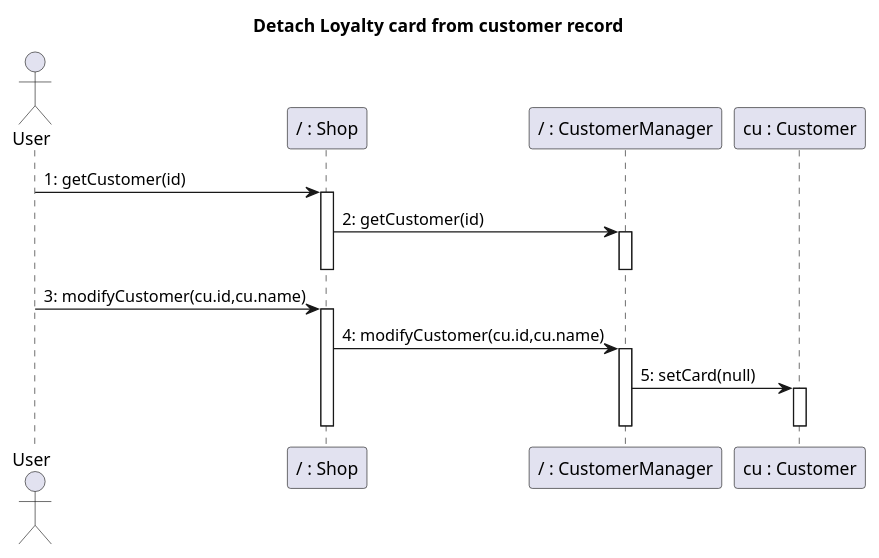
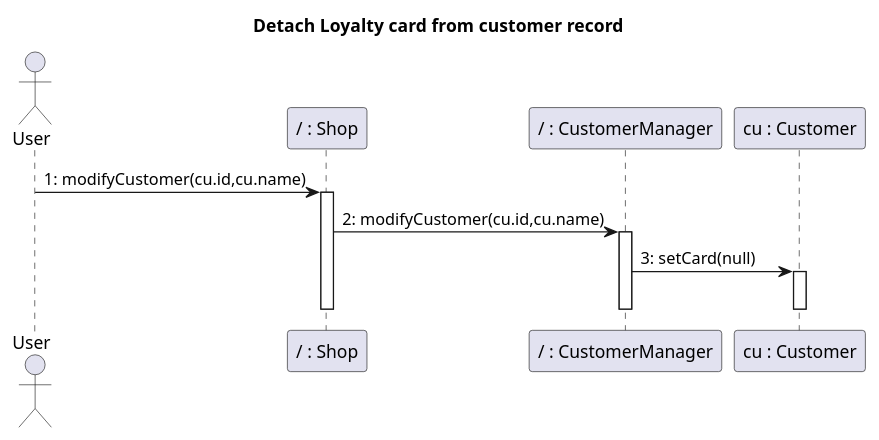
Diagram 16 of 34 in Deliverables/DesignDocument.md (nicolabattaglino/ezshop), drawn with PlantUML before and after one commit. The commit also changed other lines of this file, not shown here.

Commit message:
sequence diagram

````diff
--- a/Deliverables/DesignDocument.md
+++ b/Deliverables/DesignDocument.md
@@ -863,28 +844,22 @@
 ```plantuml
 @startuml
 
 title Detach Loyalty card from customer record
 actor User
 participant "/ : Shop" as Shop
 participant "/ : CustomerManager" as CustomerManager
 participant "cu : Customer" as Customer
 
-User -> Shop: 1: getCustomer(id)
+
+User -> Shop: 1: modifyCustomer(cu.id,cu.name)
 activate Shop
-Shop -> CustomerManager: 2: getCustomer(id)
+Shop -> CustomerManager: 2: modifyCustomer(cu.id,cu.name)
 activate CustomerManager
-deactivate CustomerManager
-deactivate Shop
-
-User -> Shop: 3: modifyCustomer(cu.id,cu.name)
-activate Shop
-Shop -> CustomerManager: 4: modifyCustomer(cu.id,cu.name)
-activate CustomerManager
-CustomerManager -> Customer: 5: setCard(null)
+CustomerManager -> Customer: 3: setCard(null)
 activate Customer
 deactivate Customer
 deactivate CustomerManager
 deactivate Shop
 
 @enduml
 ```
````
